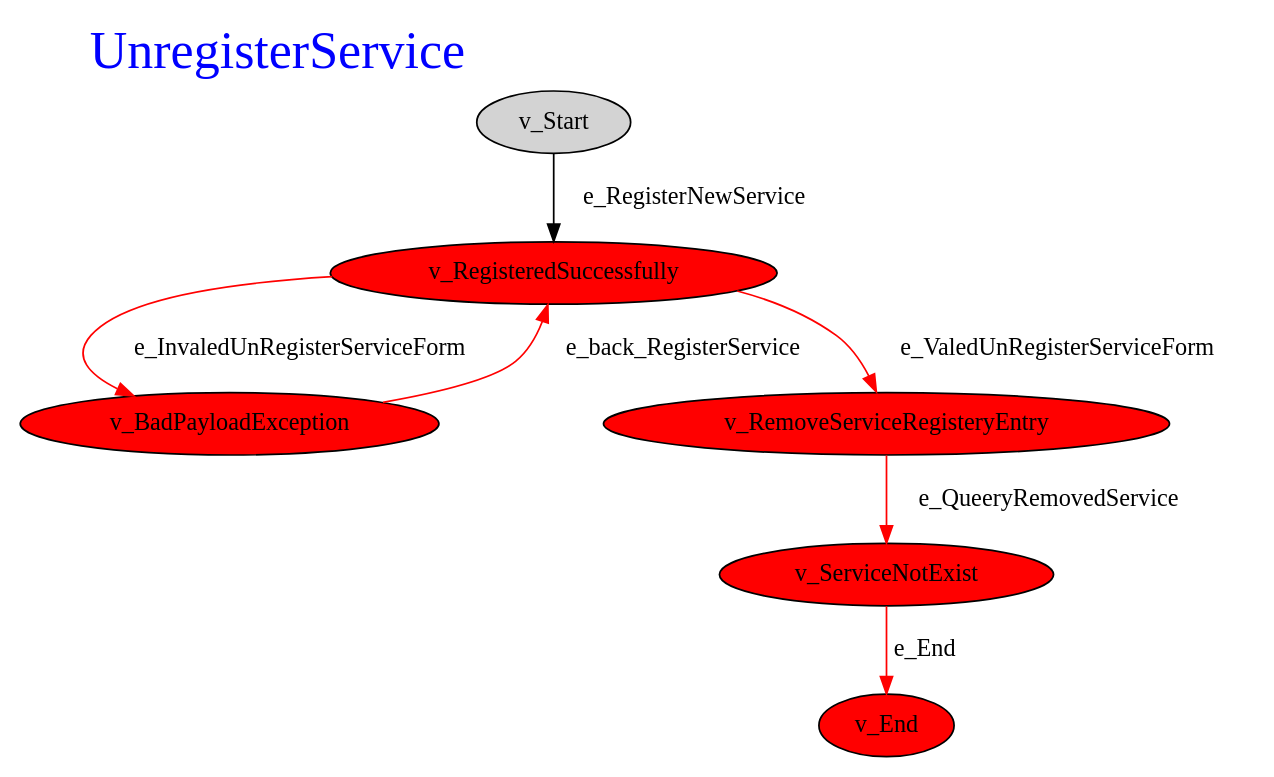
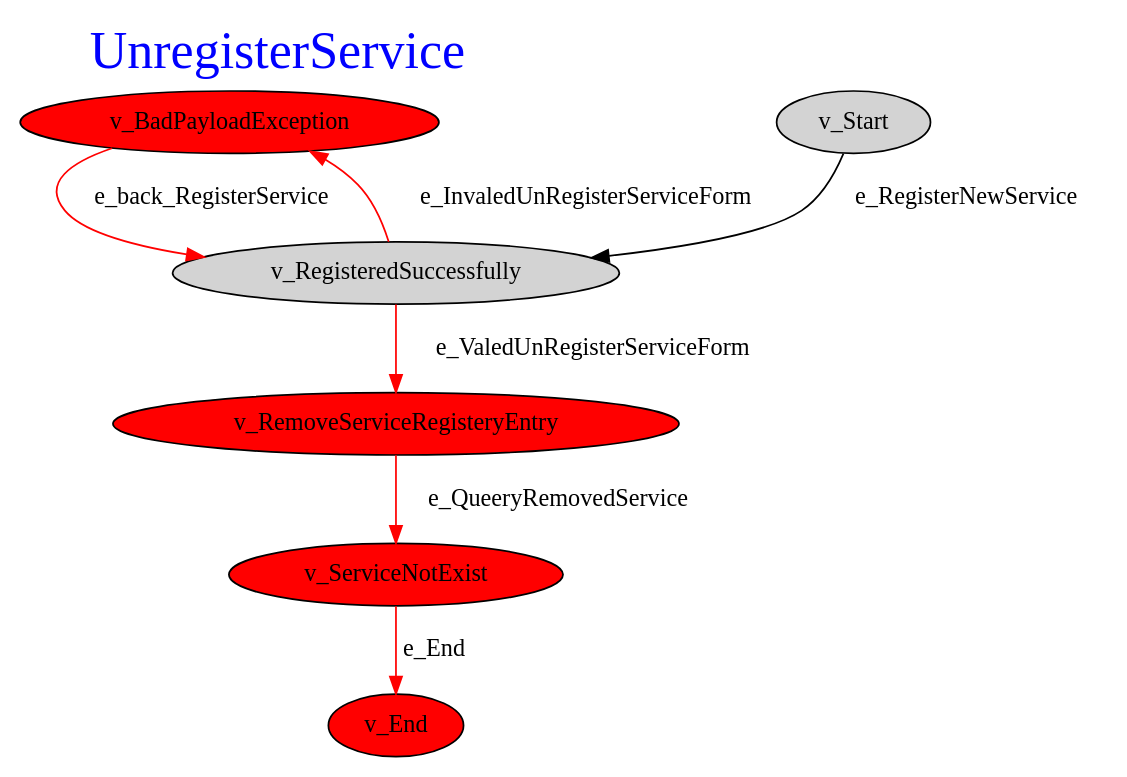
Before and after one commit to marozareh/test-arrowhead-graphwalker: the diagram in Drivers/UnregisterService.dot, drawn with Graphviz. The commit also changed 94 other files, not shown here.

```diff
--- a/Drivers/UnregisterService.dot
+++ b/Drivers/UnregisterService.dot
@@ -1,20 +1,19 @@
 digraph UnregisterService{
 rankdir=TB
 label="UnregisterService"
 labelloc=top
 labeljust=left
 fontcolor=blue
 node [style=filled]
 fontsize=30
-"v_RegisteredSuccessfully" [fillcolor=red]
 "v_BadPayloadException" [fillcolor=red]
 "v_RemoveServiceRegisteryEntry" [fillcolor=red]
 "v_ServiceNotExist" [fillcolor=red]
 "v_End" [fillcolor=red]
 "v_ServiceNotExist" -> "v_End" [ label="e_End" color="red" ]
 "v_RemoveServiceRegisteryEntry" -> "v_ServiceNotExist" [ label="e_QueeryRemovedService" color="red" ]
 "v_RegisteredSuccessfully" -> "v_RemoveServiceRegisteryEntry" [ label="e_ValedUnRegisterServiceForm" color="red" ]
 "v_BadPayloadException" -> "v_RegisteredSuccessfully" [ label="e_back_RegisterService" color="red" ]
 "v_RegisteredSuccessfully" -> "v_BadPayloadException" [ label="e_InvaledUnRegisterServiceForm" color="red" ]
 "v_Start" -> "v_RegisteredSuccessfully" [ label="e_RegisterNewService" color="black" ]
 }
```
